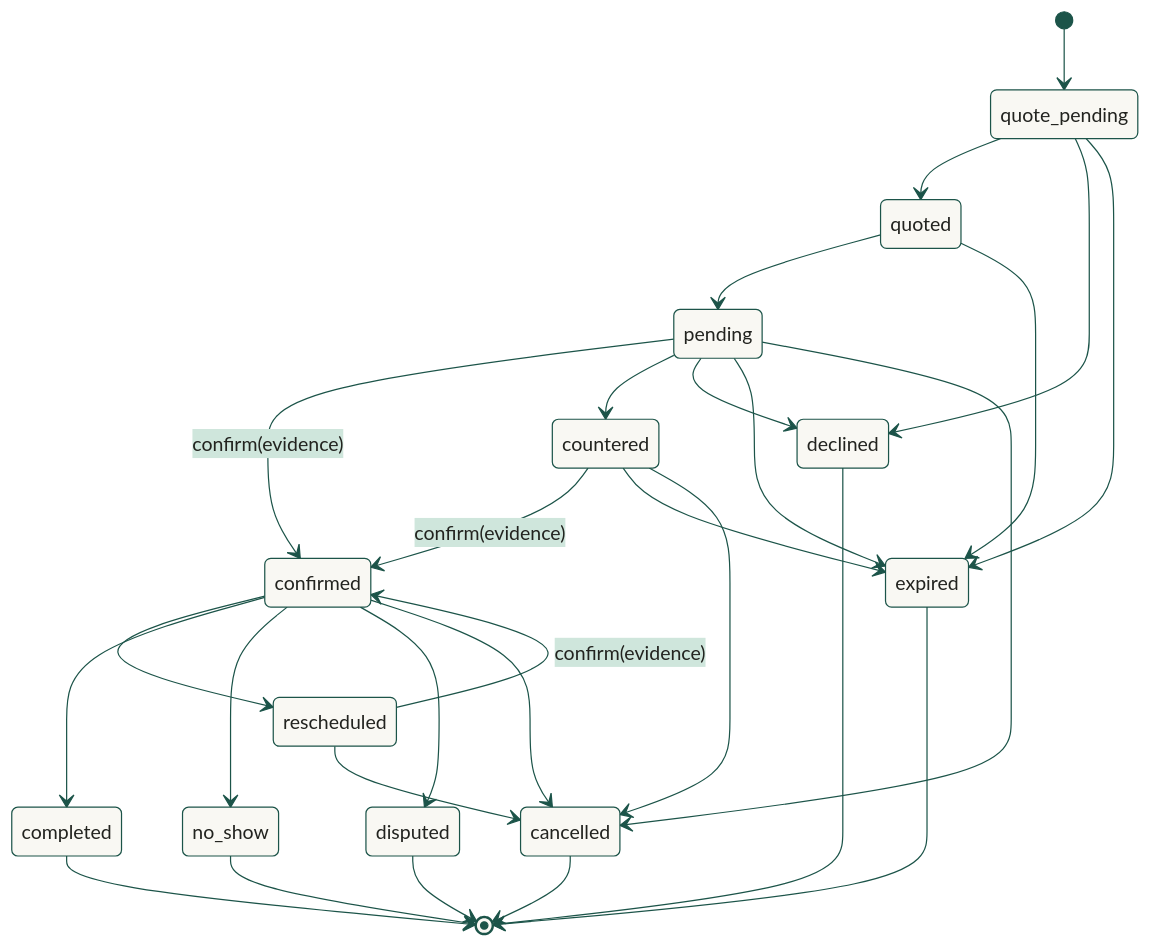
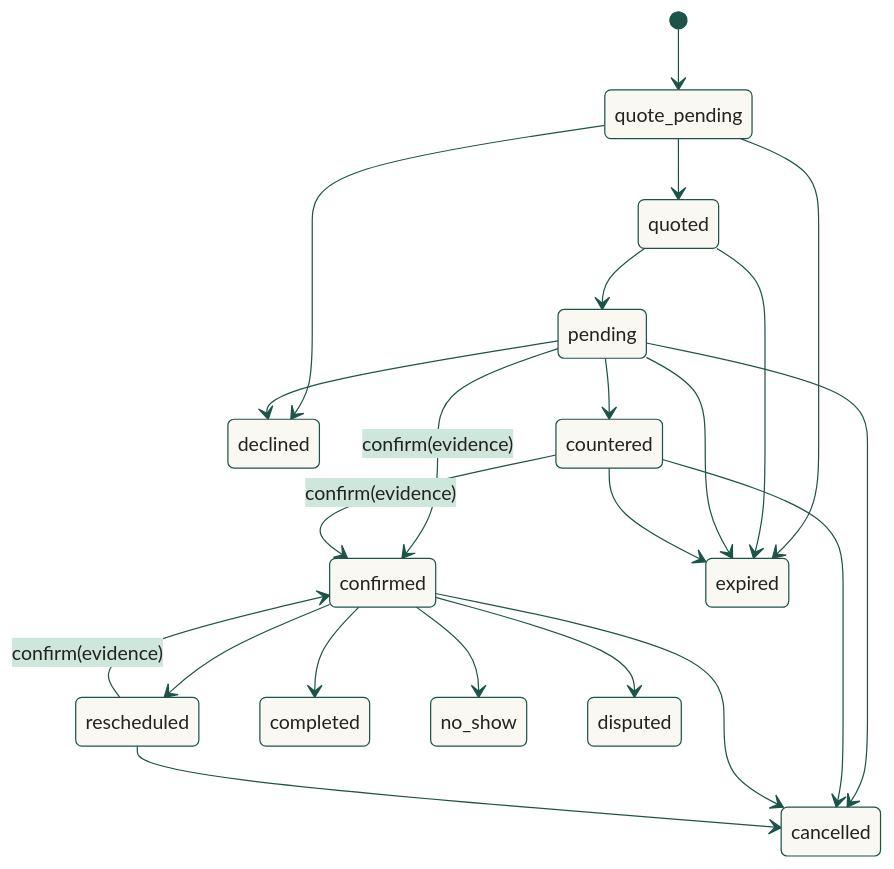
The sixth of 6 diagrams in README.md (KarthikSubramanian07/Platypus), drawn with Mermaid before and after one commit. The commit also changed other lines of this file and 14 other files, not shown here.

First line of the commit message:
Polish the README diagrams and screenshots, and fix what a stress pass found

````diff
--- a/README.md
+++ b/README.md
@@ -197,31 +192,25 @@
 ```mermaid
-%%{init: {'theme': 'base', 'themeVariables': {'fontFamily': 'ui-sans-serif, system-ui, sans-serif', 'primaryColor': '#f9f8f3', 'primaryTextColor': '#22231f', 'primaryBorderColor': '#1c5449', 'lineColor': '#1c5449', 'secondaryColor': '#cfe6dc', 'tertiaryColor': '#f4f1ea', 'clusterBkg': '#f4f1ea', 'clusterBorder': '#9fd3c1', 'actorBkg': '#1c5449', 'actorTextColor': '#ffffff', 'actorBorder': '#1c5449', 'noteBkgColor': '#cfe6dc', 'noteBorderColor': '#1c5449', 'signalColor': '#1c5449', 'labelBoxBkgColor': '#f9f8f3', 'xyChart': {'plotColorPalette': '#1c5449'}}}}%%
+%%{init: {'theme': 'base', 'themeVariables': {'fontFamily': 'ui-sans-serif, system-ui, sans-serif', 'primaryColor': '#f9f8f3', 'primaryTextColor': '#22231f', 'primaryBorderColor': '#1c5449', 'lineColor': '#1c5449', 'secondaryColor': '#cfe6dc', 'tertiaryColor': '#f4f1ea', 'clusterBkg': '#f4f1ea', 'clusterBorder': '#9fd3c1', 'actorBkg': '#cfe6dc', 'actorTextColor': '#22231f', 'actorBorder': '#1c5449', 'actorLineColor': '#9fd3c1', 'noteBkgColor': '#cfe6dc', 'noteBorderColor': '#1c5449', 'signalColor': '#1c5449', 'labelBoxBkgColor': '#f9f8f3', 'xyChart': {'plotColorPalette': '#1c5449'}}}}%%
 stateDiagram-v2
     [*] --> quote_pending
     quote_pending --> quoted
     quote_pending --> declined
     quoted --> pending
     pending --> confirmed: confirm(evidence)
     pending --> countered
     pending --> declined
     countered --> confirmed: confirm(evidence)
     confirmed --> rescheduled
     rescheduled --> confirmed: confirm(evidence)
     confirmed --> completed
     confirmed --> no_show
     confirmed --> disputed
     quote_pending --> expired
     quoted --> expired
     pending --> expired
     countered --> expired
     pending --> cancelled
     countered --> cancelled
     confirmed --> cancelled
     rescheduled --> cancelled
-    completed --> [*]
-    no_show --> [*]
-    disputed --> [*]
-    declined --> [*]
-    expired --> [*]
-    cancelled --> [*]
 ```
````
